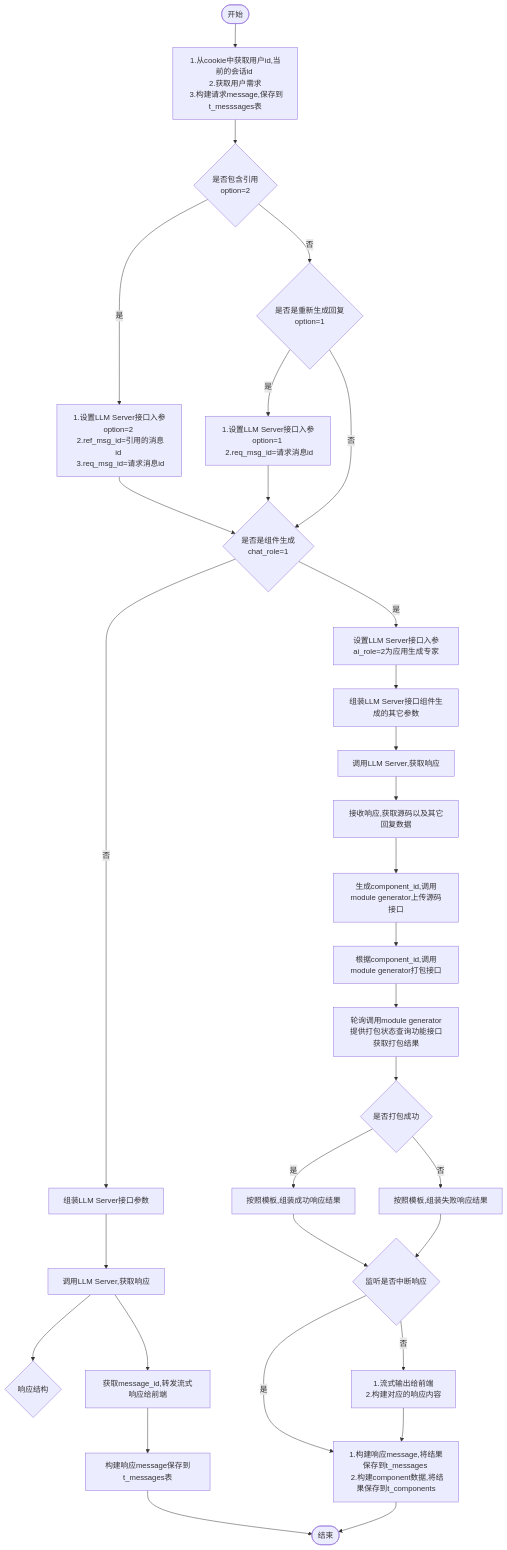
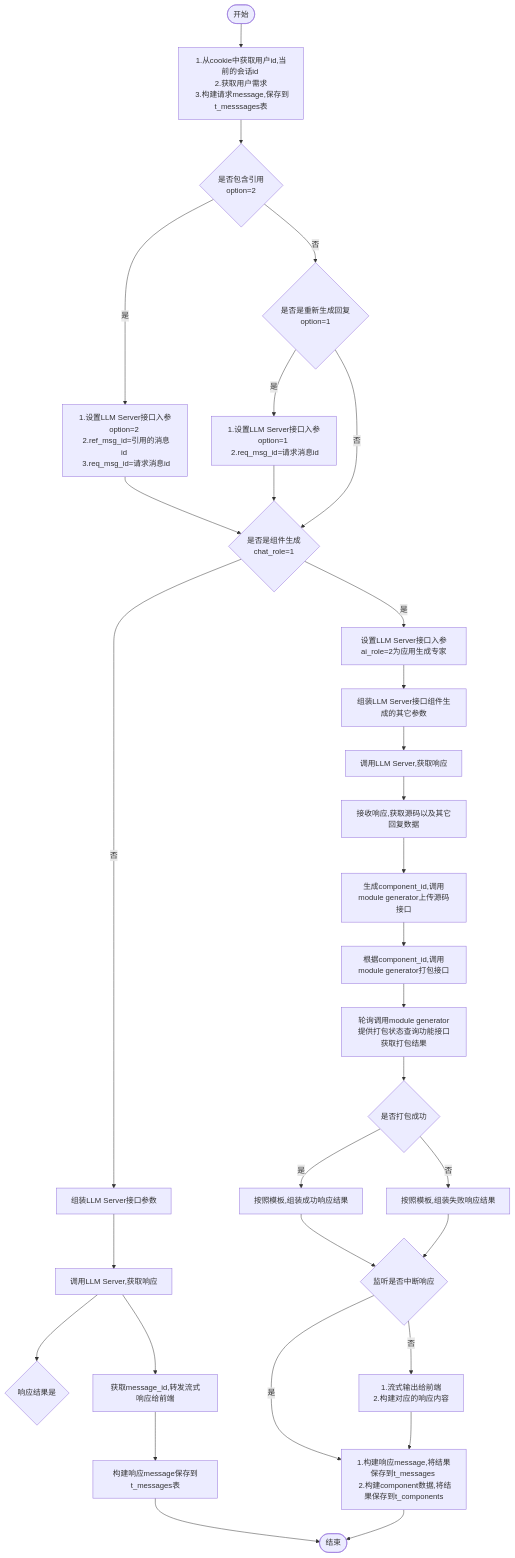
Before and after one commit to yingjianzh/iodraw-files: the diagram in all/未命名-8.md, drawn with Mermaid.

Commit message:
2024-10-16 09:18:17 update

````diff
--- a/all/未命名-8.md
+++ b/all/未命名-8.md
@@ -1,37 +1,37 @@
 ```mermaid
 flowchart TD
     A([开始]) --> B[1.从cookie中获取用户id,当前的会话id \n 2.获取用户需求 \n 3.构建请求message,保存到t_messsages表]
     B--> D{是否包含引用 \n option=2}
     D -- 是 --> E[1.设置LLM Server接口入参option=2 \n 2.ref_msg_id=引用的消息id \n 3.req_msg_id=请求消息id]
     D -- 否 --> F{是否是重新生成回复\n option=1}
     F -- 是 --> G[1.设置LLM Server接口入参option=1 \n 2.req_msg_id=请求消息id]
     F -- 否 --> I
      
     E & G --> I{是否是组件生成 \n chat_role=1}
     I -- 否 --> M[组装LLM Server接口参数] 
     I -- 是 --> J[设置LLM Server接口入参ai_role=2为应用生成专家]
     
 
     J --> L[组装LLM Server接口组件生成的其它参数]    
     M --> N[调用LLM Server,获取响应]
-    N --> H{响应结构}    
+    N --> H{响应结果是}    
     N --> O[获取message_id,转发流式响应给前端]
     O --> P[构建响应message保存到t_messages表]
     P --> R([结束])
 
 
     L --> S[调用LLM Server,获取响应]
     S --> T[接收响应,获取源码以及其它回复数据]
     T --> U[生成component_id,调用module generator上传源码接口]
     U --> V[根据component_id,调用module generator打包接口]
     V --> W[轮询调用module generator提供打包状态查询功能接口获取打包结果]
     W --> X{是否打包成功}
     X -- 是 --> Y[按照模板,组装成功响应结果]
     X -- 否 --> Z[按照模板,组装失败响应结果]
     Y & Z --> Done{监听是否中断响应}
     Done -- 是 --> Result
     Done -- 否 --> OutPut[1.流式输出给前端 \n 2.构建对应的响应内容]
 
     OutPut --> Result[1.构建响应message,将结果保存到t_messages \n 2.构建component数据,将结果保存到t_components]
     Result --> R
 ```
````
